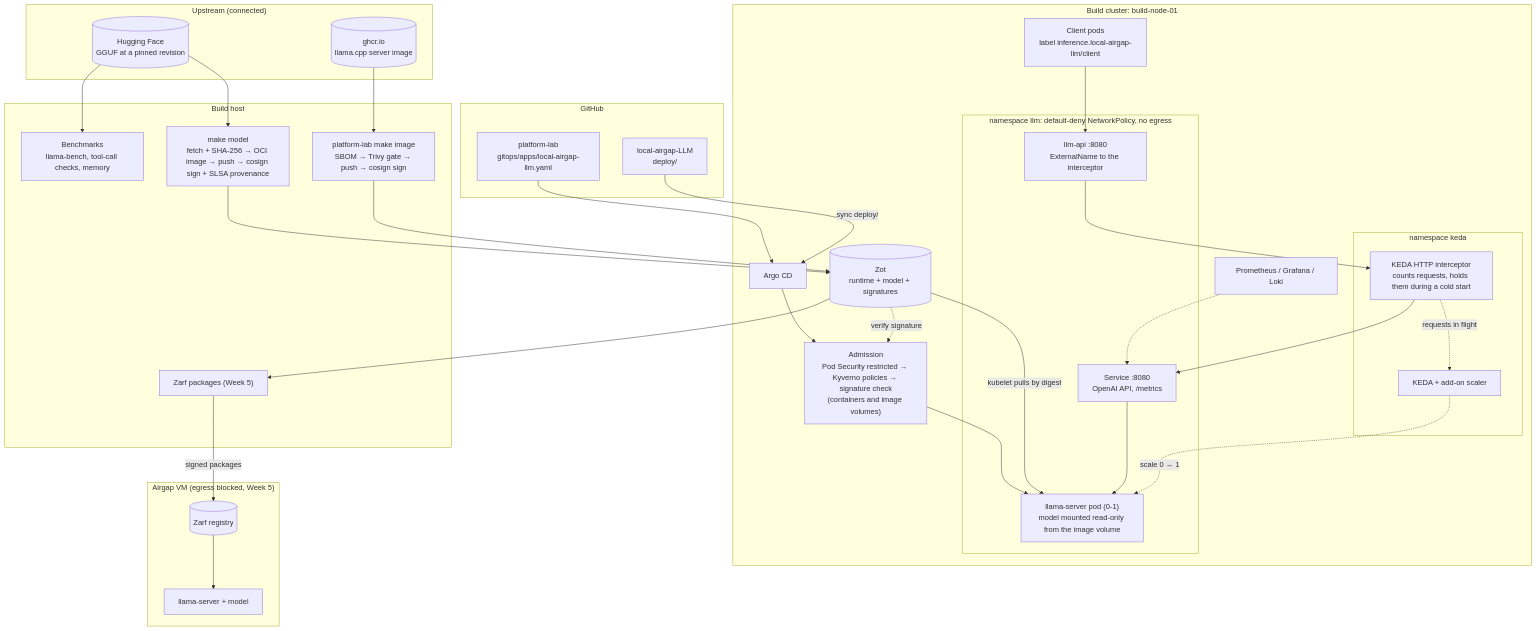
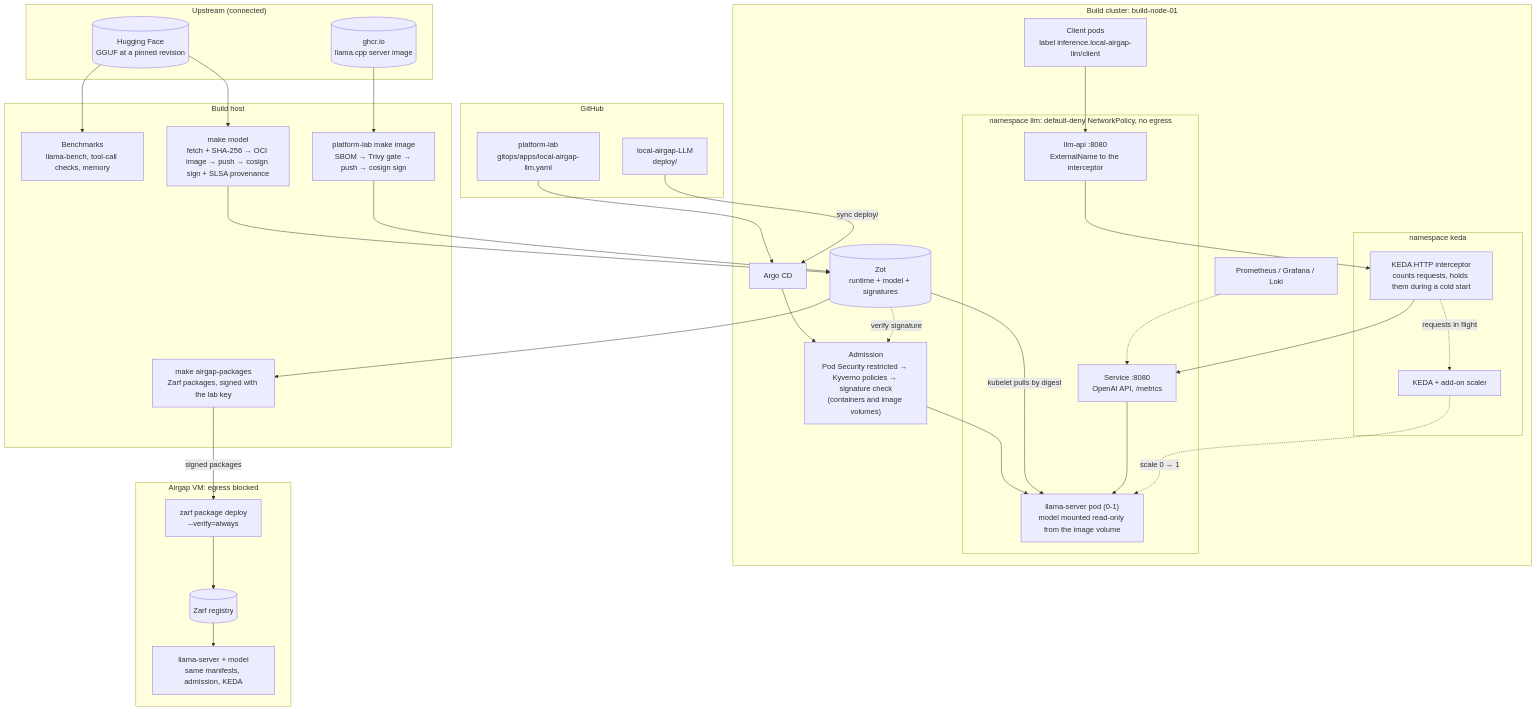
The diagram in docs/stack.md (JGGHalfhide/local-airgap-LLM), drawn with Mermaid before and after one commit. The commit also changed other lines of this file, not shown here.

````diff
--- a/docs/stack.md
+++ b/docs/stack.md
@@ -218,55 +249,56 @@
 ```mermaid
 flowchart TB
   subgraph src["Upstream (connected)"]
     hf[("Hugging Face<br/>GGUF at a pinned revision")]
     ghcr[("ghcr.io<br/>llama.cpp server image")]
   end
 
   subgraph host["Build host"]
     bench["Benchmarks<br/>llama-bench, tool-call checks, memory"]
     model["make model<br/>fetch + SHA-256 → OCI image → push → cosign sign + SLSA provenance"]
     image["platform-lab make image<br/>SBOM → Trivy gate → push → cosign sign"]
-    zarf["Zarf packages (Week 5)"]
+    zarf["make airgap-packages<br/>Zarf packages, signed with the lab key"]
   end
 
   subgraph gh["GitHub"]
     repo["local-airgap-LLM<br/>deploy/"]
     plrepo["platform-lab<br/>gitops/apps/local-airgap-llm.yaml"]
   end
 
   subgraph bc["Build cluster: build-node-01"]
     zot[("Zot<br/>runtime + model + signatures")]
     argo["Argo CD"]
     adm["Admission<br/>Pod Security restricted → Kyverno policies → signature check<br/>(containers and image volumes)"]
     subgraph kedans["namespace keda"]
       icp["KEDA HTTP interceptor<br/>counts requests, holds them during a cold start"]
       keda["KEDA + add-on scaler"]
     end
     subgraph llm["namespace llm: default-deny NetworkPolicy, no egress"]
       api["llm-api :8080<br/>ExternalName to the interceptor"]
       pod["llama-server pod (0-1)<br/>model mounted read-only from the image volume"]
       svc["Service :8080<br/>OpenAI API, /metrics"]
     end
     client["Client pods<br/>label inference.local-airgap-llm/client"]
     prom["Prometheus / Grafana / Loki"]
   end
 
-  subgraph ag["Airgap VM (egress blocked, Week 5)"]
+  subgraph ag["Airgap VM: egress blocked"]
+    zdep["zarf package deploy<br/>--verify=always"]
     zreg[("Zarf registry")]
-    pod2["llama-server + model"]
+    pod2["llama-server + model<br/>same manifests, admission, KEDA"]
   end
 
   hf --> bench
   hf --> model --> zot
   ghcr --> image --> zot
   plrepo --> argo
   repo -- "sync deploy/" --> argo --> adm
   zot -. "verify signature" .-> adm
   adm --> pod
   zot -- "kubelet pulls by digest" --> pod
   client --> api --> icp --> svc --> pod
   icp -. "requests in flight" .-> keda
   keda -. "scale 0 ↔ 1" .-> pod
   prom -.-> svc
-  zot --> zarf -- "signed packages" --> zreg --> pod2
+  zot --> zarf -- "signed packages" --> zdep --> zreg --> pod2
 ```
````
